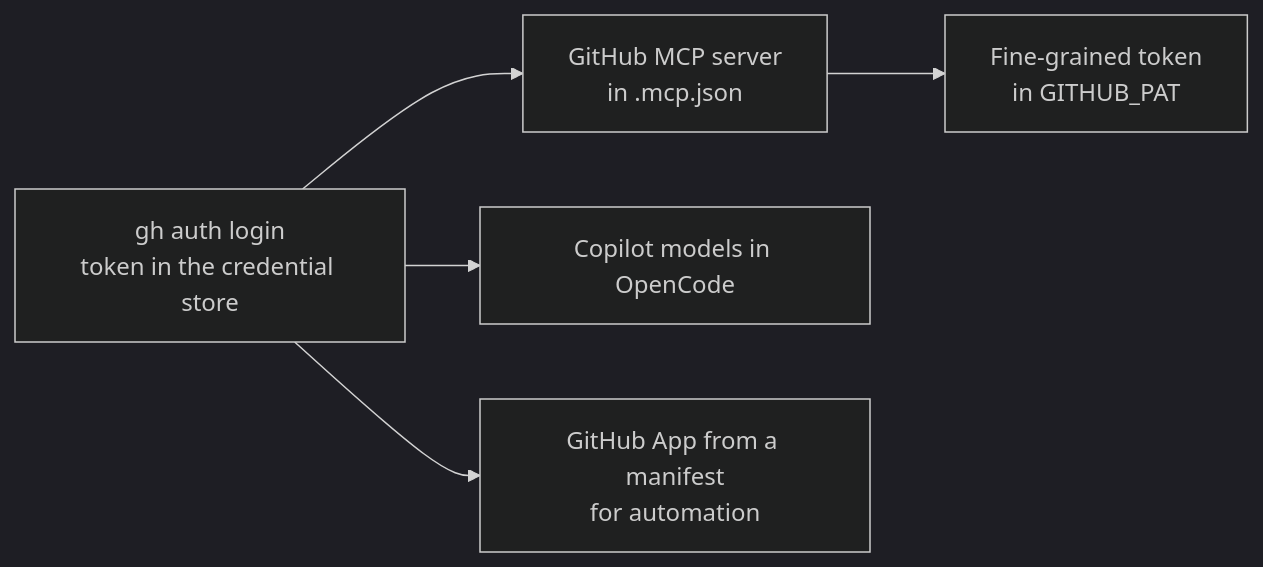
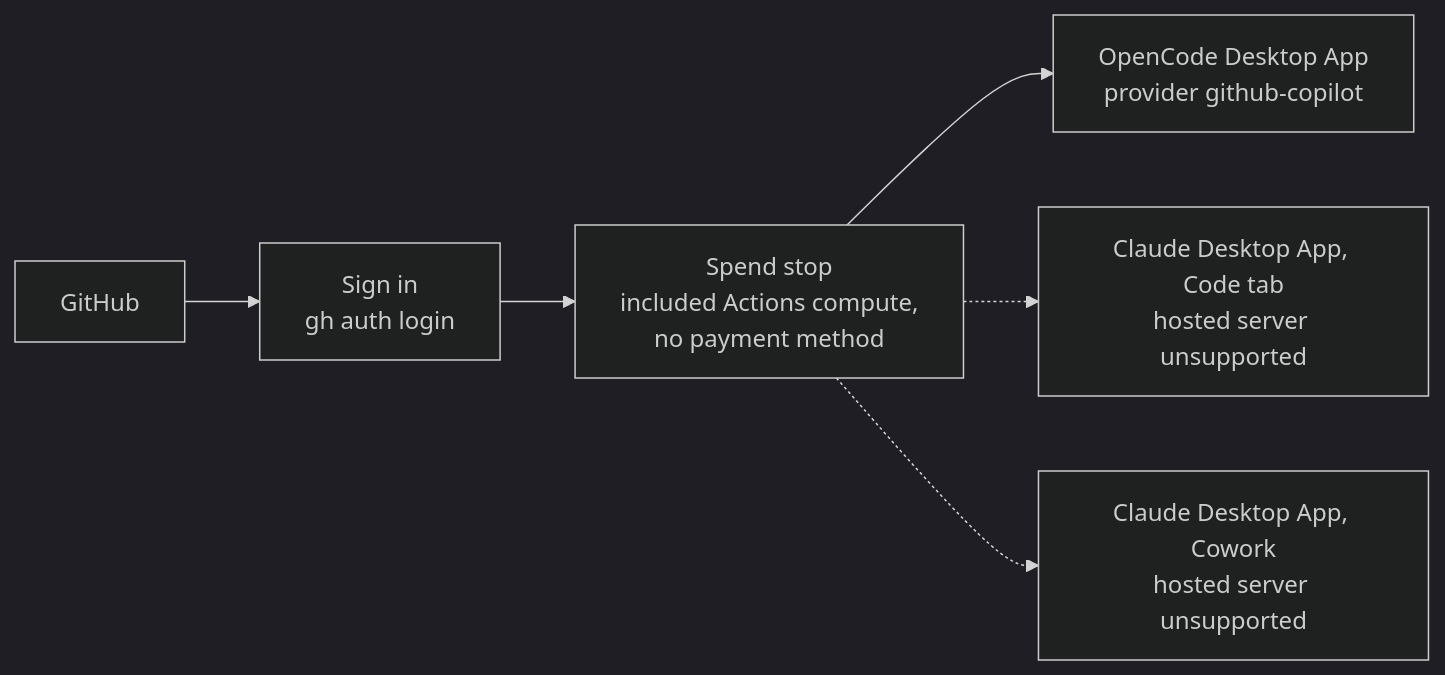
Before and after one commit to SoulCraft-Org/compute-crafter: the diagram in guides/github.md, drawn with Mermaid (dark theme). The commit also changed other lines of this file and 13 other files, not shown here.

First line of the commit message:
🎨 Guides batch 4: visual first (GitHub, Goose, Zed, Claude API) (#197)

````diff
--- a/guides/github.md
+++ b/guides/github.md
@@ -9,6 +5,7 @@
 ```mermaid
 flowchart LR
-  L[gh auth login<br/>token in the credential store] --> M[GitHub MCP server<br/>in .mcp.json] --> P[Fine-grained token<br/>in GITHUB_PAT]
-  L --> C[Copilot models in OpenCode]
-  L --> A[GitHub App from a manifest<br/>for automation]
+  P[GitHub] --> S[Sign in<br/>gh auth login] --> G[Spend stop<br/>included Actions compute,<br/>no payment method]
+  G --> O[OpenCode Desktop App<br/>provider github-copilot]
+  G -.-> C[Claude Desktop App, Code tab<br/>hosted server unsupported]
+  G -.-> W[Claude Desktop App, Cowork<br/>hosted server unsupported]
 ```
````
